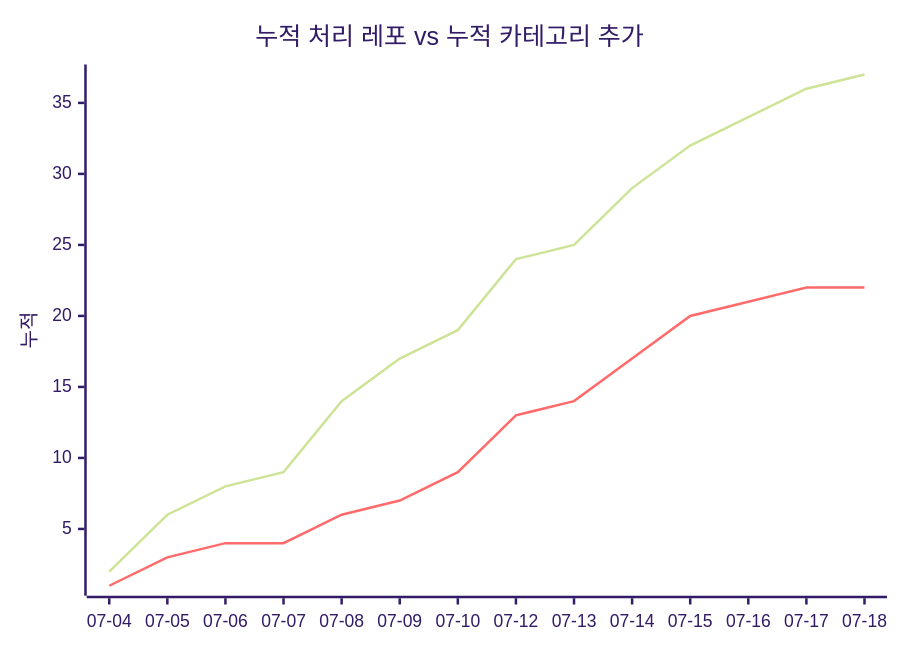
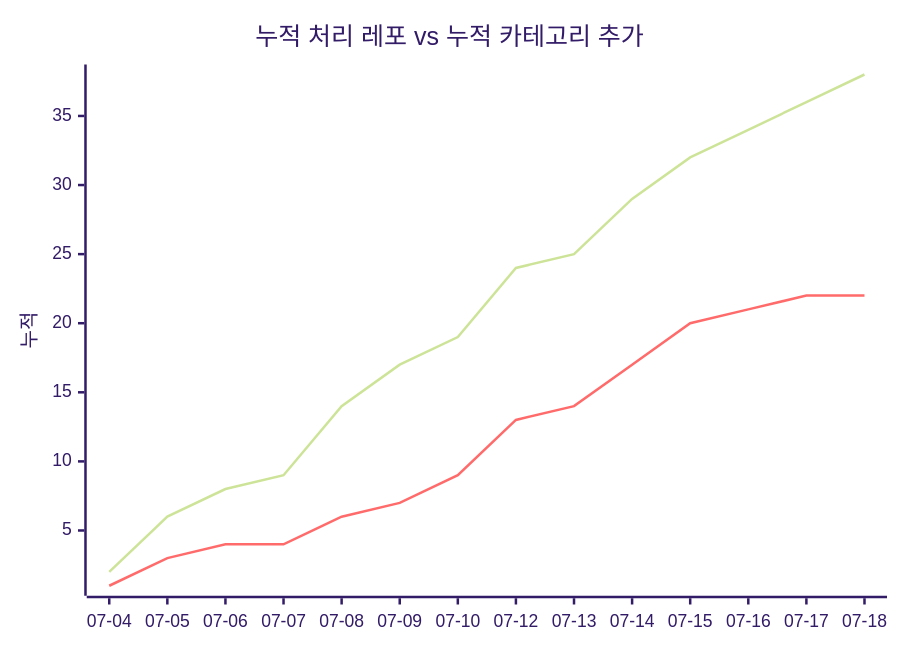
Before and after one commit to J-nowcow/awesome-korean-agent-skills: the second of 2 diagrams in docs/trends.md, drawn with Mermaid (forest theme). The commit also changed other lines of this file and 2 other files, not shown here.

````diff
--- a/docs/trends.md
+++ b/docs/trends.md
@@ -68,8 +68,8 @@
 ```mermaid
 xychart-beta
     title "누적 처리 레포 vs 누적 카테고리 추가"
     x-axis ["07-04","07-05","07-06","07-07","07-08","07-09","07-10","07-12","07-13","07-14","07-15","07-16","07-17","07-18"]
     y-axis "누적"
-    line [2,6,8,9,14,17,19,24,25,29,32,34,36,37]
+    line [2,6,8,9,14,17,19,24,25,29,32,34,36,38]
     line [1,3,4,4,6,7,9,13,14,17,20,21,22,22]
 ```
````
